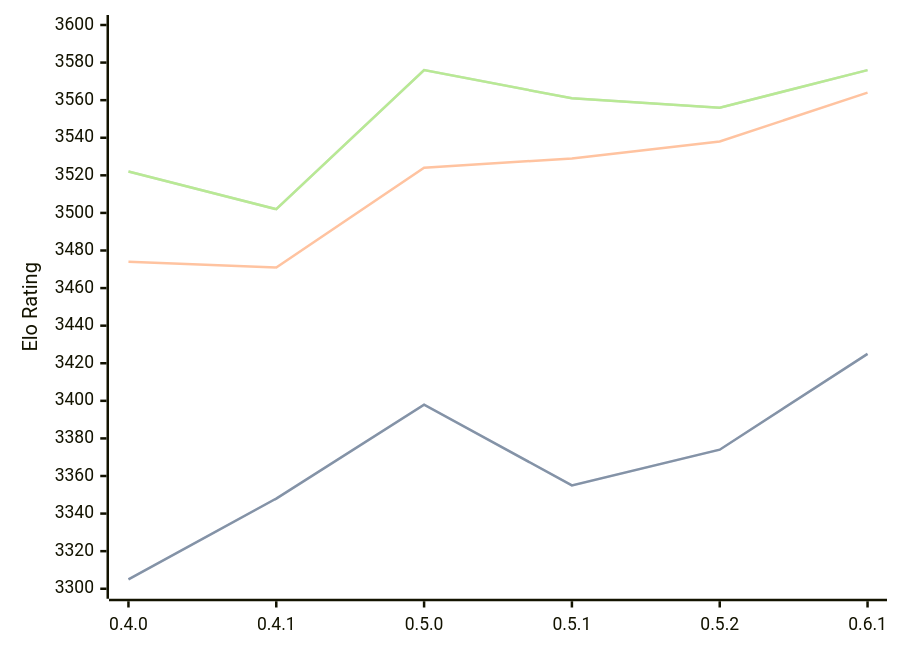
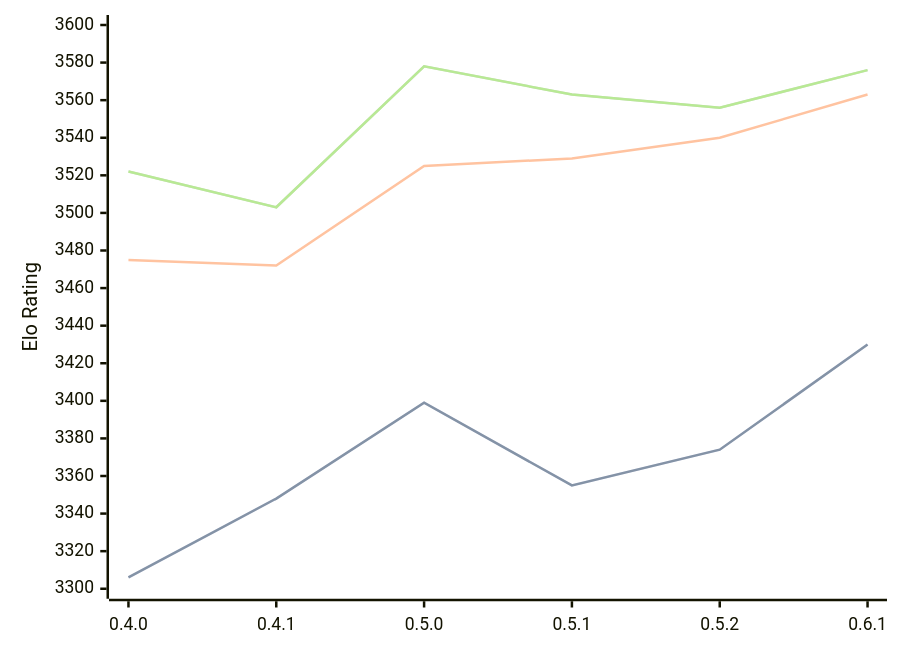
One commit to computer-chess-index/cci changed the diagram in engines/Cinder.md. Above: the diagram before and after it, drawn with Mermaid. The commit also changed other lines of this file, not shown here.

Commit message:
Update CCI Ratings (ELO VLTC) - 2026-08-21

````diff
--- a/engines/Cinder.md
+++ b/engines/Cinder.md
@@ -37,11 +37,11 @@
 ```mermaid
 %%{init: {"theme":"base","themeVariables":{"seriesColors:['#a3a3a3','#222221','#faa371']}}}%%
 xychart-beta
   x-axis ["0.4.0", "0.4.1", "0.5.0", "0.5.1", "0.5.2", "0.6.1"]
   y-axis "Elo Rating" 3300 --> 3600
-  line "STC (8.0+0.08s)" [3305, 3348, 3398, 3355, 3374, 3425]
-  line "STC (8.0+0.08s)" [3305, 3348, 3398, 3355, 3374, 3425]
-  line "LTC (60.0+0.60s)" [3474, 3471, 3524, 3529, 3538, 3564]
-  line "VLTC (2m24s+1.12s)" [3522, 3502, 3576, 3561, 3556, 3576]
-  line "VLTC (2m24s+1.12s)" [3522, 3502, 3576, 3561, 3556, 3576]
+  line "STC (8.0+0.08s)" [3306, 3348, 3399, 3355, 3374, 3430]
+  line "STC (8.0+0.08s)" [3306, 3348, 3399, 3355, 3374, 3430]
+  line "LTC (60.0+0.60s)" [3475, 3472, 3525, 3529, 3540, 3563]
+  line "VLTC (2m24s+1.12s)" [3522, 3503, 3578, 3563, 3556, 3576]
+  line "VLTC (2m24s+1.12s)" [3522, 3503, 3578, 3563, 3556, 3576]
 ```
````
